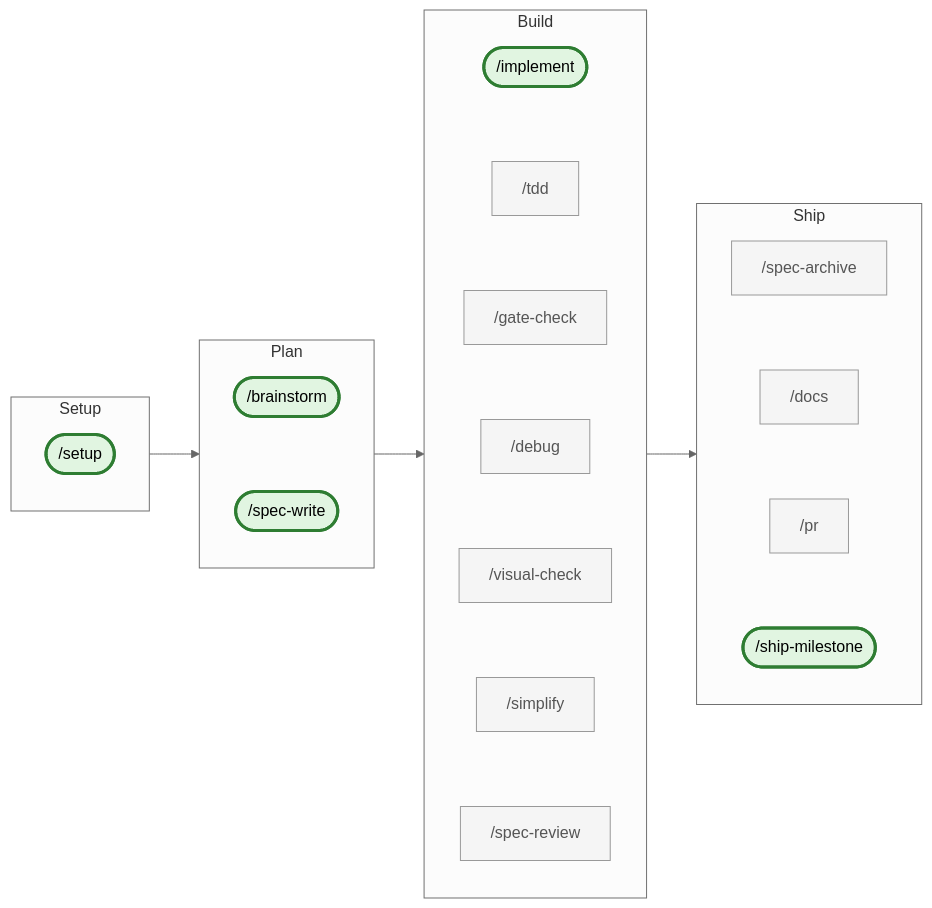
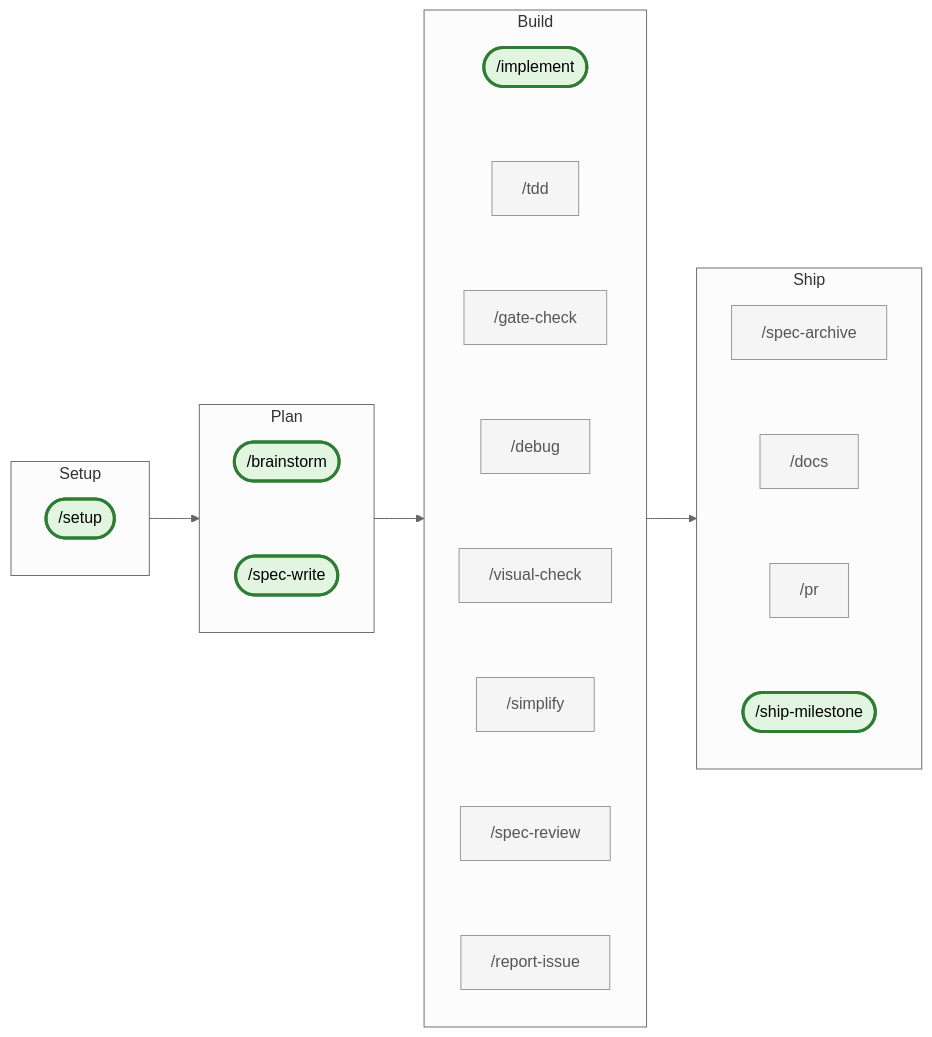
One commit to nesquikm/dev-process-toolkit changed the diagram in README.md. Above: the diagram before and after it, drawn with Mermaid (neutral theme). The commit also changed other lines of this file, not shown here.

First line of the commit message:
docs(readme): refresh feature list, commands + agents, mermaid (#6)

````diff
--- a/README.md
+++ b/README.md
@@ -41,44 +45,46 @@
 ```mermaid
 flowchart LR
     classDef spine fill:#e1f5e1,stroke:#2e7d32,stroke-width:3px,color:#000
     classDef secondary fill:#f5f5f5,stroke:#999,stroke-width:1px,color:#555
     subgraph Setup
         direction TB
         setup(["/setup"]):::spine
     end
     subgraph Plan
         direction TB
         brainstorm(["/brainstorm"]):::spine
         spec_write(["/spec-write"]):::spine
         brainstorm ~~~ spec_write
     end
     subgraph Build
         direction TB
         implement(["/implement"]):::spine
         tdd["/tdd"]:::secondary
         gate_check["/gate-check"]:::secondary
         debug["/debug"]:::secondary
         visual_check["/visual-check"]:::secondary
         simplify["/simplify"]:::secondary
         spec_review["/spec-review"]:::secondary
+        report_issue["/report-issue"]:::secondary
         implement ~~~ tdd
         tdd ~~~ gate_check
         gate_check ~~~ debug
         debug ~~~ visual_check
         visual_check ~~~ simplify
         simplify ~~~ spec_review
+        spec_review ~~~ report_issue
     end
     subgraph Ship
         direction TB
         spec_archive["/spec-archive"]:::secondary
         docs["/docs"]:::secondary
         pr["/pr"]:::secondary
         ship_milestone(["/ship-milestone"]):::spine
         spec_archive ~~~ docs
         docs ~~~ pr
         pr ~~~ ship_milestone
     end
     Setup --> Plan
     Plan --> Build
     Build --> Ship
 ```
````
